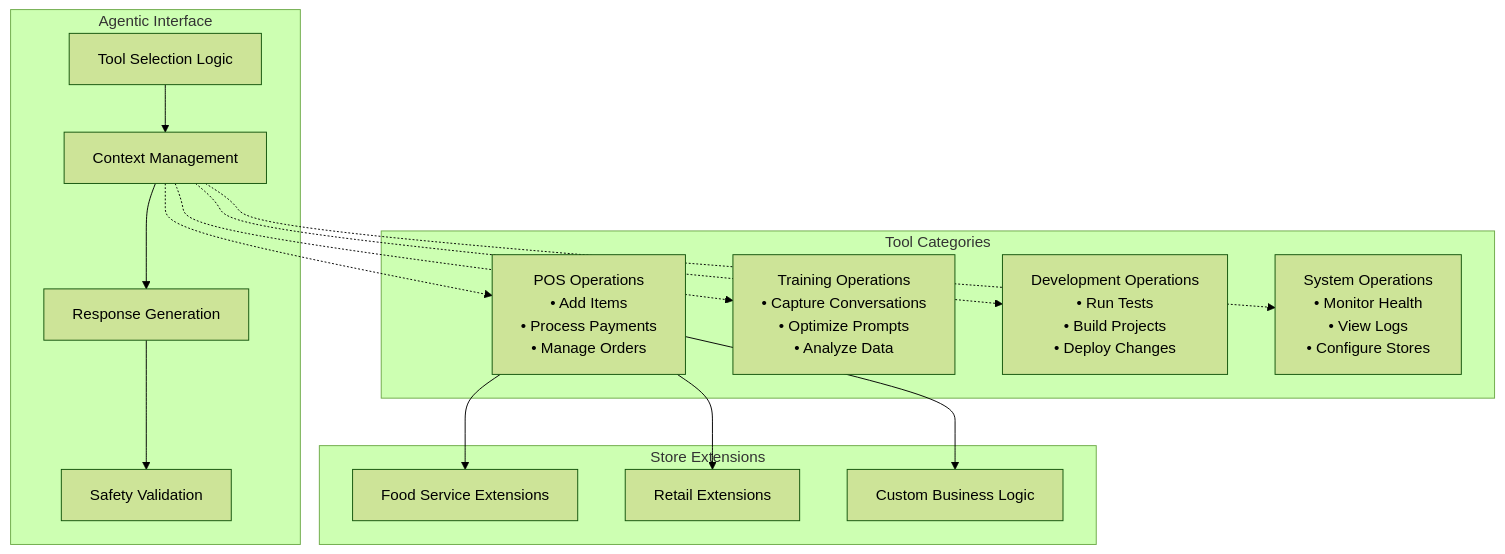
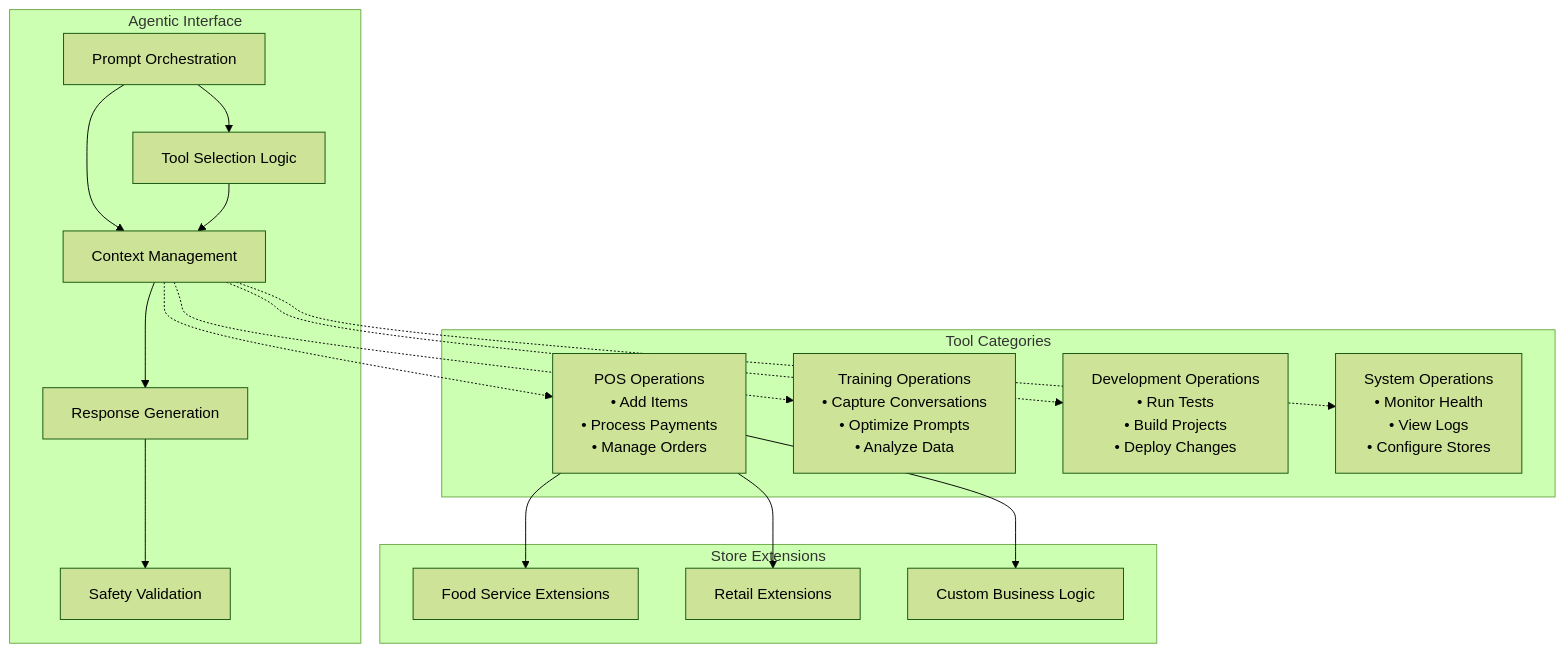
One commit to paulmooreparks/AiPos changed the fourth of 7 diagrams in PRESENTATION.md. Above: the diagram before and after it, drawn with Mermaid (forest theme). The commit also changed other lines of this file and 57 other files, not shown here.

````diff
--- a/PRESENTATION.md
+++ b/PRESENTATION.md
@@ -151,34 +137,37 @@
 ```mermaid
 graph TB
     subgraph "Agentic Interface"
+        P[Prompt Orchestration]
         A[Tool Selection Logic]
         B[Context Management]
         C[Response Generation]
         D[Safety Validation]
     end
 
     subgraph "Tool Categories"
         E[POS Operations<br/>• Add Items<br/>• Process Payments<br/>• Manage Orders]
         F[Training Operations<br/>• Capture Conversations<br/>• Optimize Prompts<br/>• Analyze Data]
         G[Development Operations<br/>• Run Tests<br/>• Build Projects<br/>• Deploy Changes]
         H[System Operations<br/>• Monitor Health<br/>• View Logs<br/>• Configure Stores]
     end
 
     subgraph "Store Extensions"
         I[Food Service Extensions]
         J[Retail Extensions]
         K[Custom Business Logic]
     end
 
+    P --> A
+    P --> B
     A --> B
     B --> C
     C --> D
     B -.-> E
     B -.-> F
     B -.-> G
     B -.-> H
 
     E --> I
     E --> J
     E --> K
 ```
````
